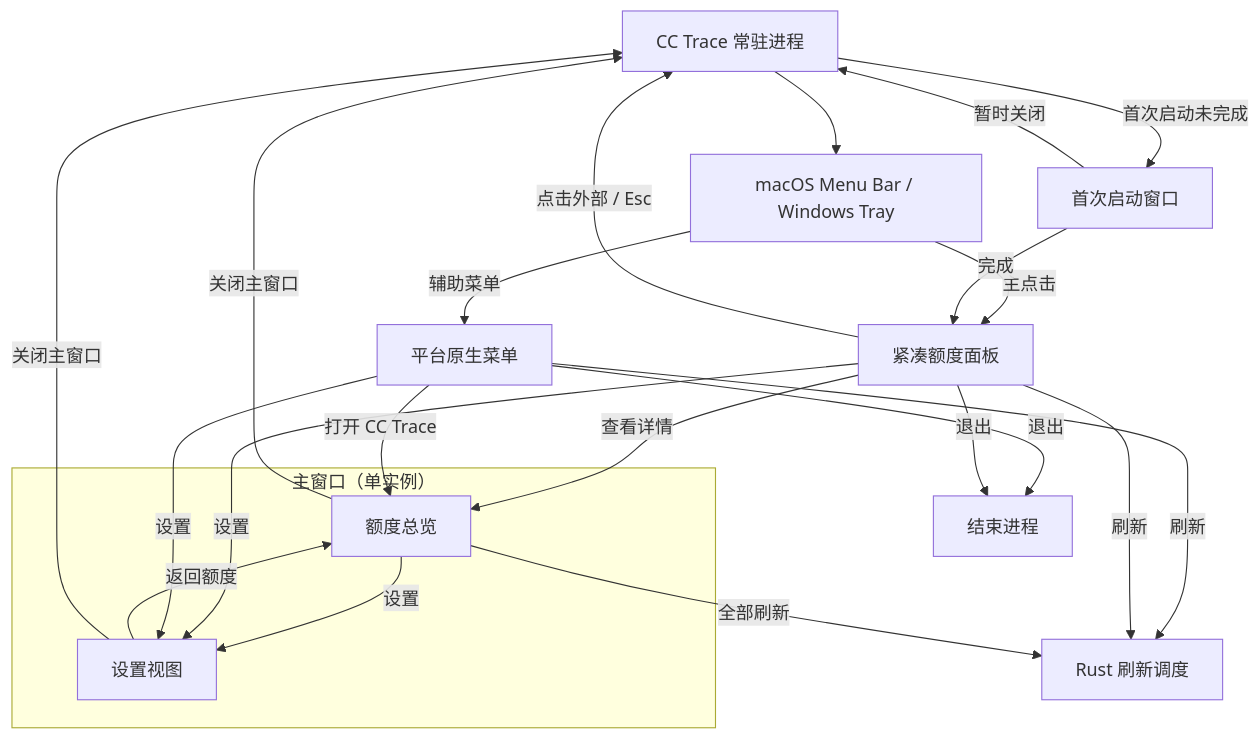
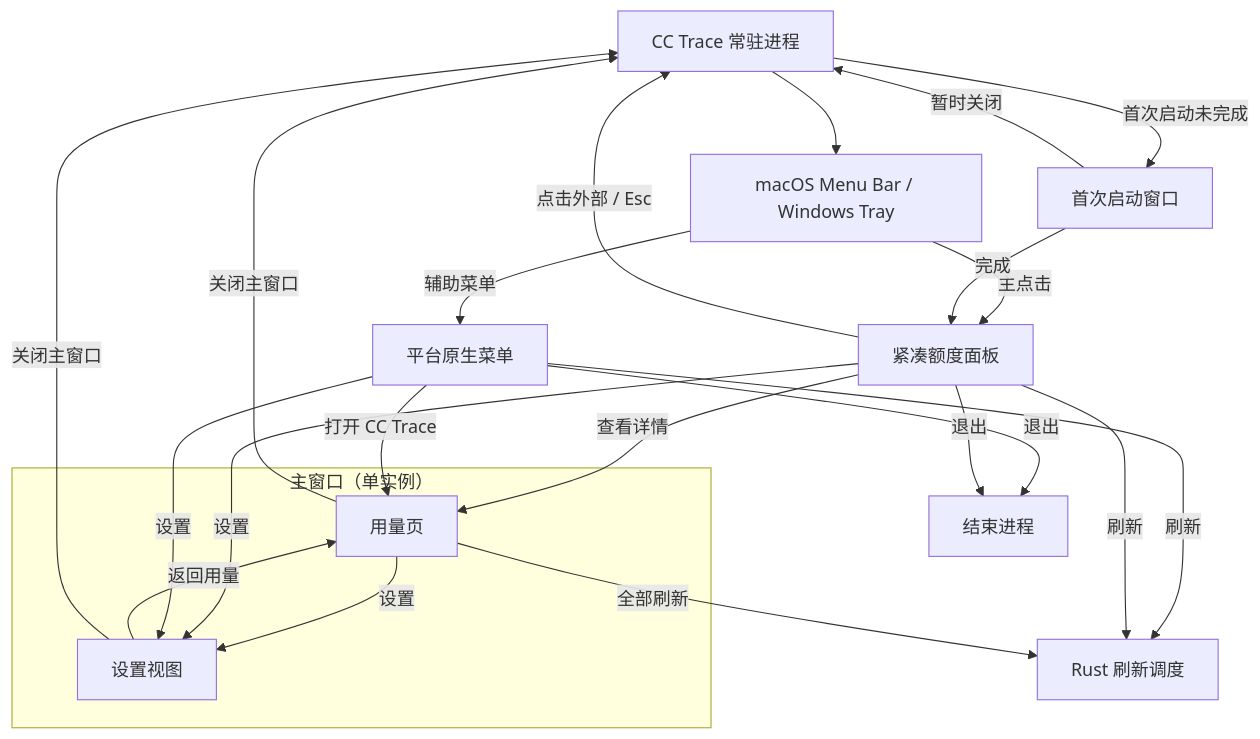
One commit to nanvon/cc-trace changed the first of 3 diagrams in docs/信息架构与核心流程.md. Above: the diagram before and after it, drawn with Mermaid. The commit also changed other lines of this file and 9 other files, not shown here.

````diff
--- a/docs/信息架构与核心流程.md
+++ b/docs/信息架构与核心流程.md
@@ -262,27 +282,27 @@
 ```mermaid
 flowchart TD
     A["CC Trace 常驻进程"] --> B["macOS Menu Bar / Windows Tray"]
     B -->|"主点击"| C["紧凑额度面板"]
     B -->|"辅助菜单"| D["平台原生菜单"]
     subgraph M["主窗口（单实例）"]
-        E["额度总览"]
+        E["用量页"]
         F["设置视图"]
         E -->|"设置"| F
-        F -->|"返回额度"| E
+        F -->|"返回用量"| E
     end
     C -->|"查看详情"| E
     C -->|"设置"| F
     D -->|"打开 CC Trace"| E
     D -->|"设置"| F
     D -->|"刷新"| G["Rust 刷新调度"]
     C -->|"刷新"| G
     E -->|"全部刷新"| G
     A -->|"首次启动未完成"| H["首次启动窗口"]
     H -->|"完成"| C
     E -->|"关闭主窗口"| A
     F -->|"关闭主窗口"| A
     H -->|"暂时关闭"| A
     C -->|"点击外部 / Esc"| A
     D -->|"退出"| I["结束进程"]
     C -->|"退出"| I
 ```
````
